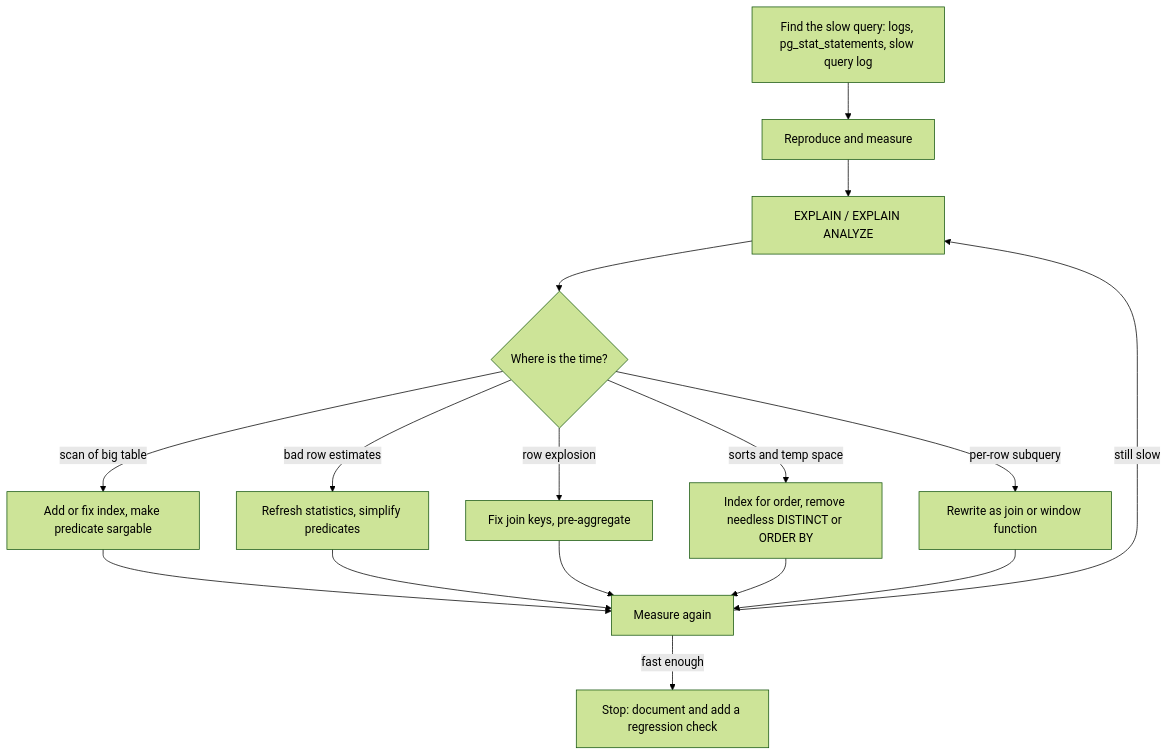
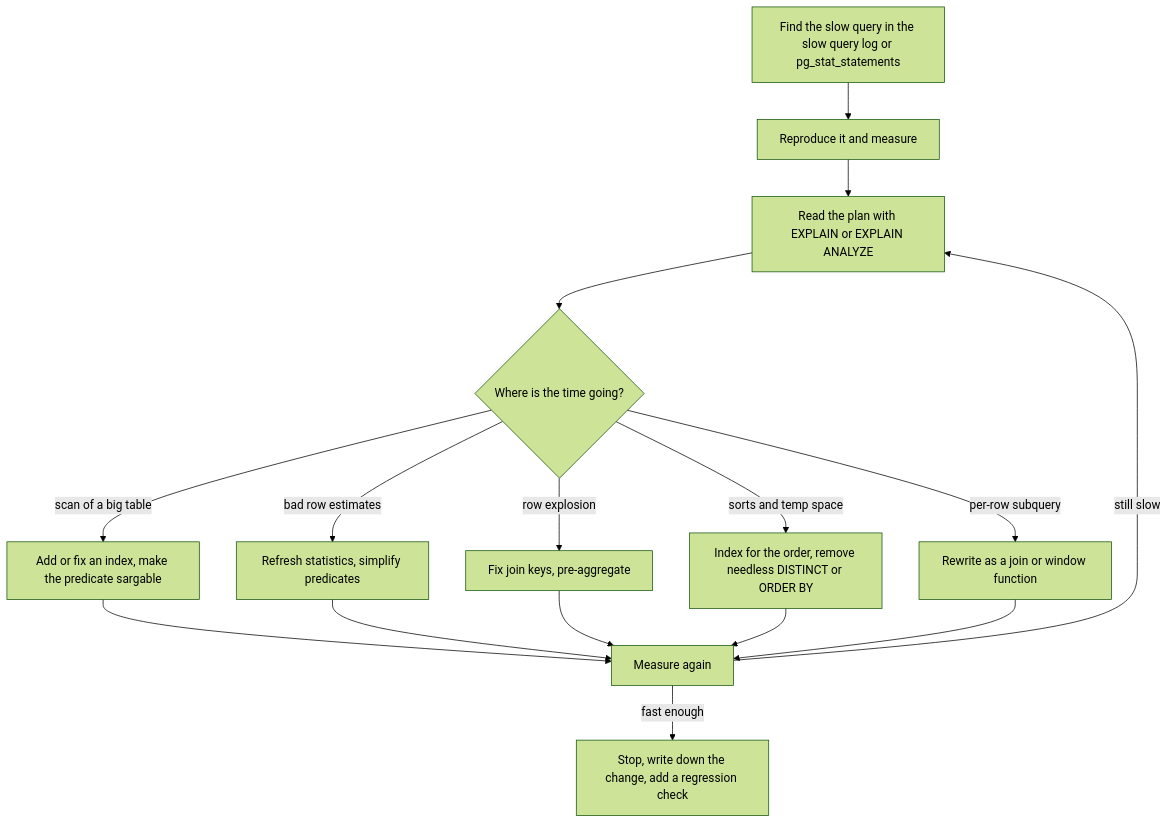
The second of 2 diagrams in src/sql/lessons/38-performance.md (alvinnew100/grand-line-study-guide), drawn with Mermaid (forest theme) before and after one commit. The commit also changed other lines of this file and 60 other files, not shown here.

````diff
--- a/src/sql/lessons/38-performance.md
+++ b/src/sql/lessons/38-performance.md
@@ -215,18 +515,18 @@
 ```mermaid
 flowchart TD
-    A[Find the slow query: logs, pg_stat_statements, slow query log] --> B[Reproduce and measure]
-    B --> C[EXPLAIN / EXPLAIN ANALYZE]
-    C --> D{Where is the time?}
-    D -->|scan of big table| E[Add or fix index, make predicate sargable]
+    A[Find the slow query in the slow query log or pg_stat_statements] --> B[Reproduce it and measure]
+    B --> C[Read the plan with EXPLAIN or EXPLAIN ANALYZE]
+    C --> D{Where is the time going?}
+    D -->|scan of a big table| E[Add or fix an index, make the predicate sargable]
     D -->|bad row estimates| F[Refresh statistics, simplify predicates]
     D -->|row explosion| G[Fix join keys, pre-aggregate]
-    D -->|sorts and temp space| H[Index for order, remove needless DISTINCT or ORDER BY]
-    D -->|per-row subquery| I[Rewrite as join or window function]
+    D -->|sorts and temp space| H[Index for the order, remove needless DISTINCT or ORDER BY]
+    D -->|per-row subquery| I[Rewrite as a join or window function]
     E --> J[Measure again]
     F --> J
     G --> J
     H --> J
     I --> J
     J -->|still slow| C
-    J -->|fast enough| K[Stop: document and add a regression check]
+    J -->|fast enough| K[Stop, write down the change, add a regression check]
 ```
````
